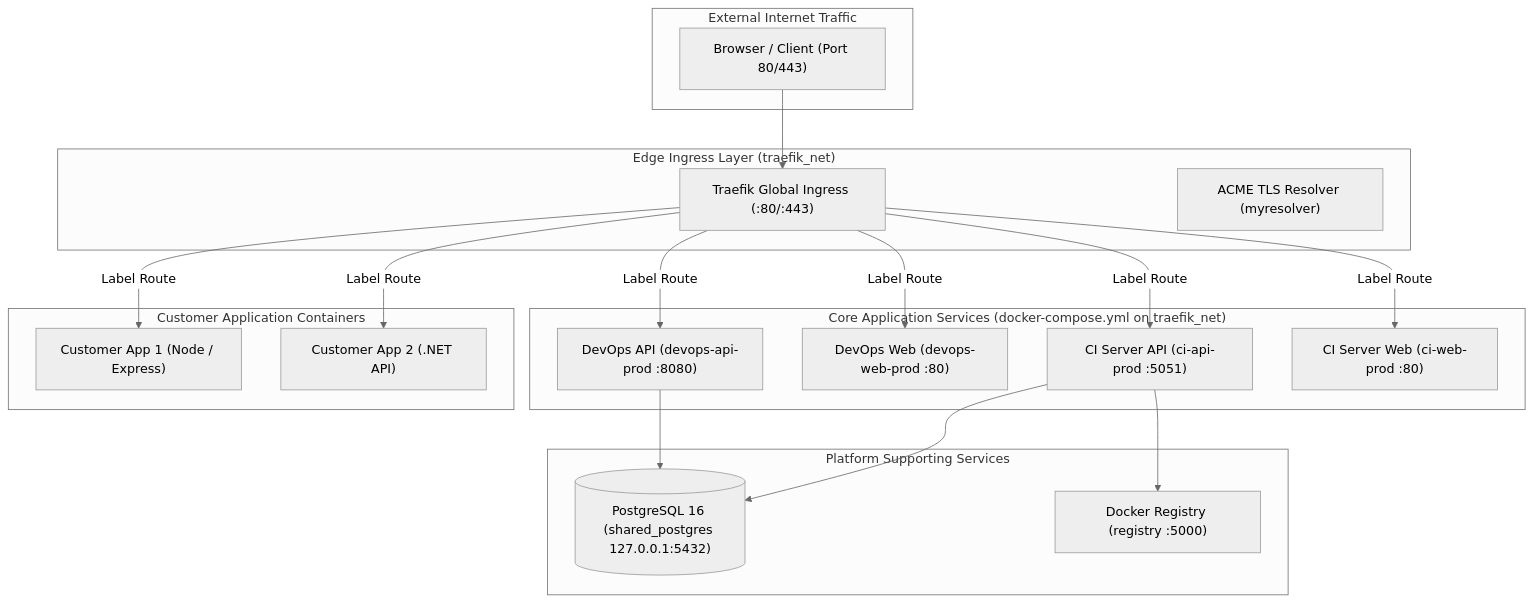
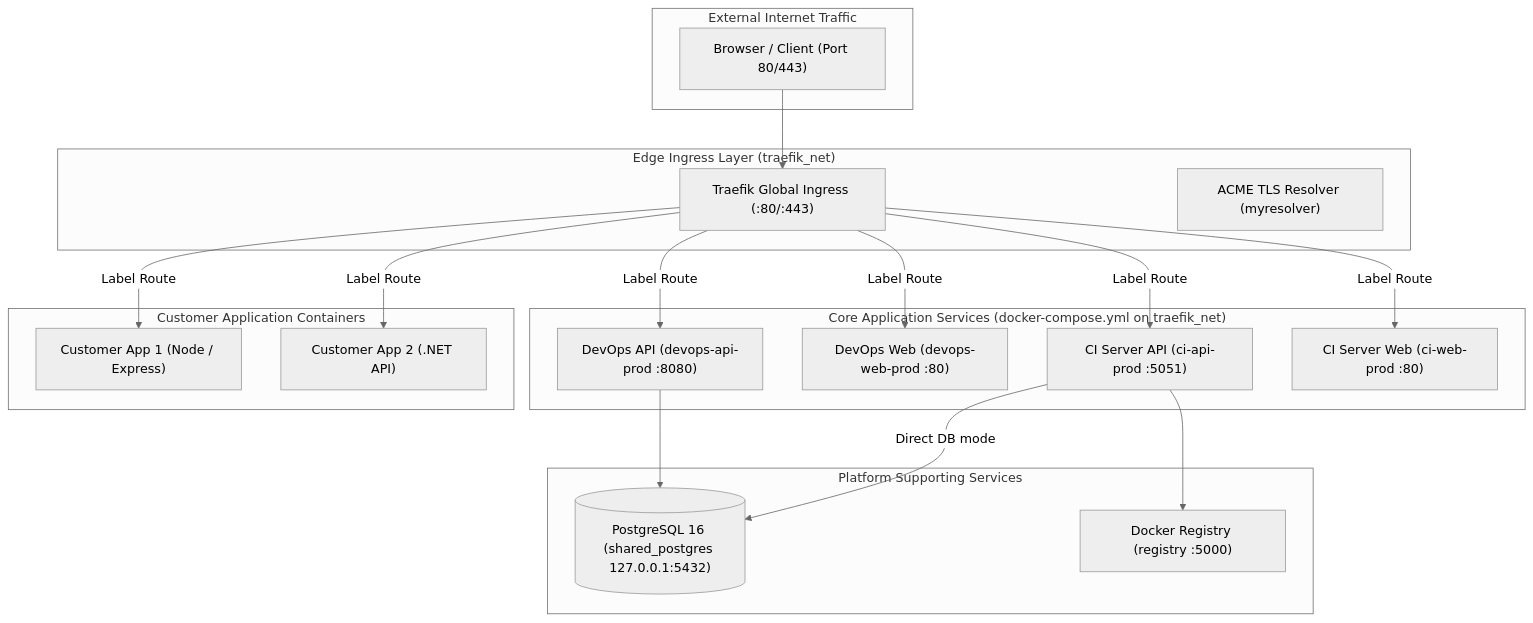
One commit to tmk-computers/vps-infra changed the diagram in docs/v2/02-architecture/HOST_ARCHITECTURE.md. Above: the diagram before and after it, drawn with Mermaid (neutral theme). The commit also changed other lines of this file and 17 other files, not shown here.

````diff
--- a/docs/v2/02-architecture/HOST_ARCHITECTURE.md
+++ b/docs/v2/02-architecture/HOST_ARCHITECTURE.md
@@ -16,40 +18,40 @@
 ```mermaid
 graph TD
     subgraph "External Internet Traffic"
         Client["Browser / Client (Port 80/443)"]
     end
 
     subgraph "Edge Ingress Layer (traefik_net)"
         Traefik["Traefik Global Ingress (:80/:443)"]
         ACME["ACME TLS Resolver (myresolver)"]
     end
 
     subgraph "Core Application Services (docker-compose.yml on traefik_net)"
         API["DevOps API (devops-api-prod :8080)"]
         Web["DevOps Web (devops-web-prod :80)"]
         CIAPI["CI Server API (ci-api-prod :5051)"]
         CIWeb["CI Server Web (ci-web-prod :80)"]
     end
 
     subgraph "Platform Supporting Services"
         PG[("PostgreSQL 16 (shared_postgres 127.0.0.1:5432)")]
         Registry["Docker Registry (registry :5000)"]
     end
 
     subgraph "Customer Application Containers"
         App1["Customer App 1 (Node / Express)"]
         App2["Customer App 2 (.NET API)"]
     end
 
     Client --> Traefik
     Traefik -->|Label Route| API
     Traefik -->|Label Route| Web
     Traefik -->|Label Route| CIAPI
     Traefik -->|Label Route| CIWeb
     Traefik -->|Label Route| App1
     Traefik -->|Label Route| App2
 
     API --> PG
-    CIAPI --> PG
+    CIAPI -->|"Direct DB mode"| PG
     CIAPI --> Registry
 ```
````
